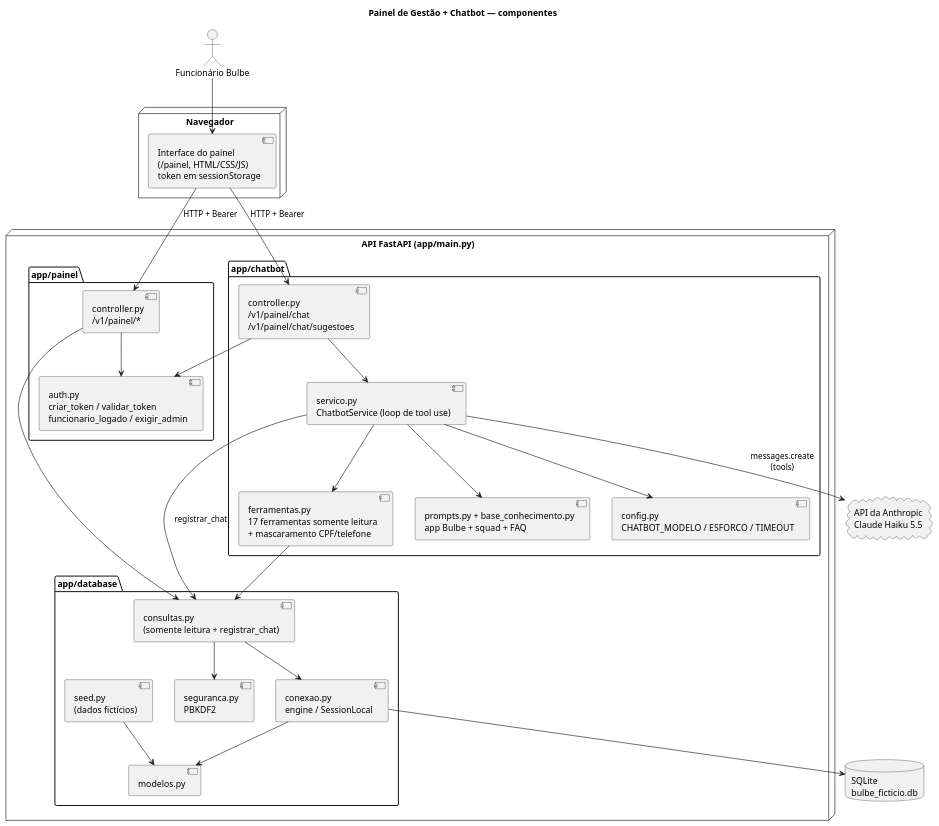
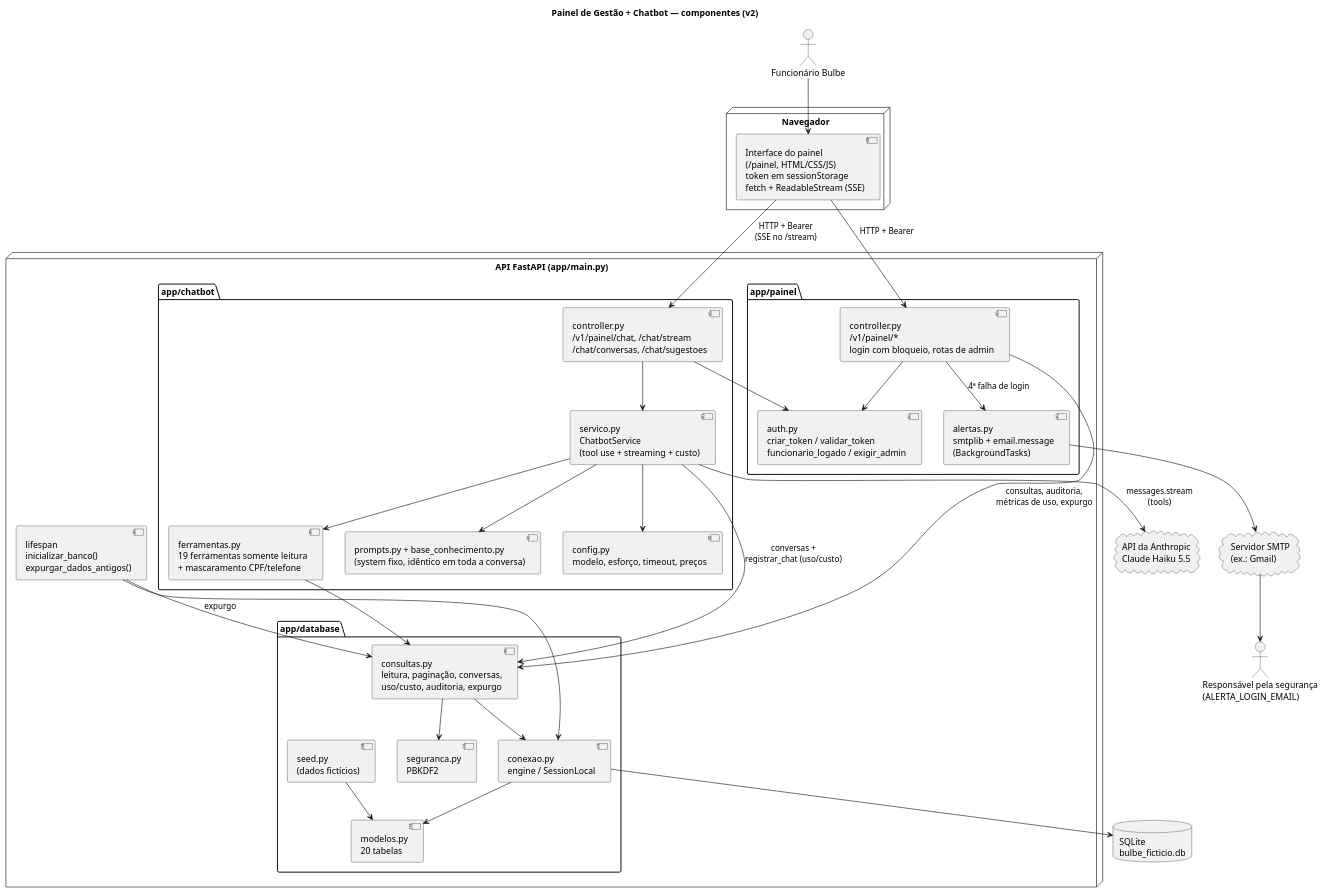
The first of 3 diagrams in sistema-de-gerenciamento/docs/arquitetura.md (DrawingWithP/bulbe-cleanergy-backend), drawn with PlantUML before and after one commit. The commit also changed other lines of this file and 54 other files, not shown here.

````diff
--- a/sistema-de-gerenciamento/docs/arquitetura.md
+++ b/sistema-de-gerenciamento/docs/arquitetura.md
@@ -29,54 +44,63 @@
 ```plantuml
-@startuml componentes-painel-chatbot
-title Painel de Gestão + Chatbot — componentes
+@startuml componentes-painel-chatbot-v2
+title Painel de Gestão + Chatbot — componentes (v2)
 
 actor "Funcionário Bulbe" as func
+actor "Responsável pela segurança\n(ALERTA_LOGIN_EMAIL)" as resp
 
 node "Navegador" {
-  component "Interface do painel\n(/painel, HTML/CSS/JS)\ntoken em sessionStorage" as ui
+  component "Interface do painel\n(/painel, HTML/CSS/JS)\ntoken em sessionStorage\nfetch + ReadableStream (SSE)" as ui
 }
 
 node "API FastAPI (app/main.py)" {
+  component "lifespan\ninicializar_banco()\nexpurgar_dados_antigos()" as life
   package "app/painel" {
     component "auth.py\ncriar_token / validar_token\nfuncionario_logado / exigir_admin" as auth
-    component "controller.py\n/v1/painel/*" as painelCtl
+    component "controller.py\n/v1/painel/*\nlogin com bloqueio, rotas de admin" as painelCtl
+    component "alertas.py\nsmtplib + email.message\n(BackgroundTasks)" as alertas
   }
   package "app/chatbot" {
-    component "controller.py\n/v1/painel/chat\n/v1/painel/chat/sugestoes" as chatCtl
-    component "servico.py\nChatbotService (loop de tool use)" as loop
-    component "ferramentas.py\n17 ferramentas somente leitura\n+ mascaramento CPF/telefone" as ferr
-    component "prompts.py + base_conhecimento.py\napp Bulbe + squad + FAQ" as kb
-    component "config.py\nCHATBOT_MODELO / ESFORCO / TIMEOUT" as cfg
+    component "controller.py\n/v1/painel/chat, /chat/stream\n/chat/conversas, /chat/sugestoes" as chatCtl
+    component "servico.py\nChatbotService\n(tool use + streaming + custo)" as loop
+    component "ferramentas.py\n19 ferramentas somente leitura\n+ mascaramento CPF/telefone" as ferr
+    component "prompts.py + base_conhecimento.py\n(system fixo, idêntico em toda a conversa)" as kb
+    component "config.py\nmodelo, esforço, timeout, preços" as cfg
   }
   package "app/database" {
-    component "consultas.py\n(somente leitura + registrar_chat)" as consultas
+    component "consultas.py\nleitura, paginação, conversas,\nuso/custo, auditoria, expurgo" as consultas
     component "seguranca.py\nPBKDF2" as seg
     component "conexao.py\nengine / SessionLocal" as conexao
-    component "modelos.py" as modelos
+    component "modelos.py\n20 tabelas" as modelos
     component "seed.py\n(dados fictícios)" as seed
   }
 }
 
 database "SQLite\nbulbe_ficticio.db" as db
 cloud "API da Anthropic\nClaude Haiku 5.5" as claude
+cloud "Servidor SMTP\n(ex.: Gmail)" as smtp
 
 func --> ui
 ui --> painelCtl : HTTP + Bearer
-ui --> chatCtl : HTTP + Bearer
+ui --> chatCtl : HTTP + Bearer\n(SSE no /stream)
 painelCtl --> auth
 chatCtl --> auth
-painelCtl --> consultas
+painelCtl --> consultas : consultas, auditoria,\nmétricas de uso, expurgo
+painelCtl --> alertas : 4ª falha de login
+alertas --> smtp
+smtp --> resp
 chatCtl --> loop
 loop --> kb
 loop --> cfg
 loop --> ferr
 ferr --> consultas
-loop --> consultas : registrar_chat
-loop --> claude : messages.create\n(tools)
+loop --> consultas : conversas +\nregistrar_chat (uso/custo)
+loop --> claude : messages.stream\n(tools)
+life --> conexao
+life --> consultas : expurgo
 consultas --> seg
 consultas --> conexao
 conexao --> modelos
 seed --> modelos
 conexao --> db
 @enduml
 ```
````
